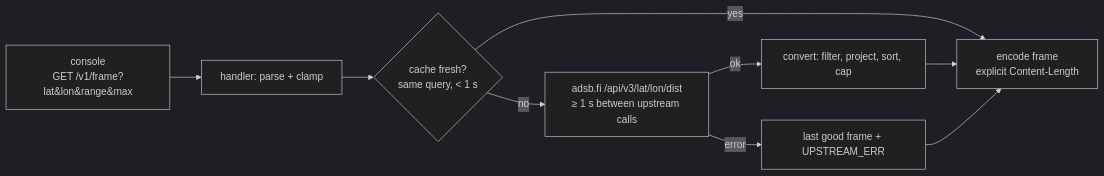
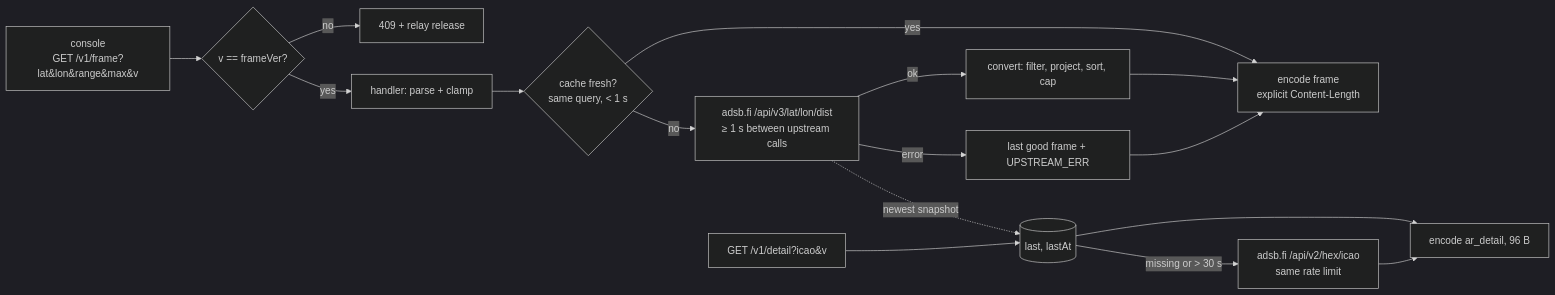
Before and after one commit to jfryman/mega-wifi-radar: the diagram in lode/relay/relay.md, drawn with Mermaid (dark theme). The commit also changed other lines of this file and 17 other files, not shown here.

````diff
--- a/lode/relay/relay.md
+++ b/lode/relay/relay.md
@@ -7,10 +7,17 @@
 ```mermaid
 flowchart LR
-  C[console<br/>GET /v1/frame?lat&lon&range&max] --> H[handler: parse + clamp]
+  C[console<br/>GET /v1/frame?lat&lon&range&max&v] --> V{v == frameVer?}
+  V -- no --> M[409 + relay release]
+  V -- yes --> H[handler: parse + clamp]
   H --> K{cache fresh?<br/>same query, < 1 s}
   K -- yes --> E
   K -- no --> U[adsb.fi /api/v3/lat/lon/dist<br/>≥ 1 s between upstream calls]
   U -- ok --> X[convert: filter, project, sort, cap] --> E[encode frame<br/>explicit Content-Length]
   U -- error --> L[last good frame + UPSTREAM_ERR]
   L --> E
+  U -. newest snapshot .-> S[(last, lastAt)]
+  D[GET /v1/detail?icao&v] --> S
+  S -- missing or > 30 s --> HX[adsb.fi /api/v2/hex/icao<br/>same rate limit]
+  S --> DE[encode ar_detail, 96 B]
+  HX --> DE
 ```
````
